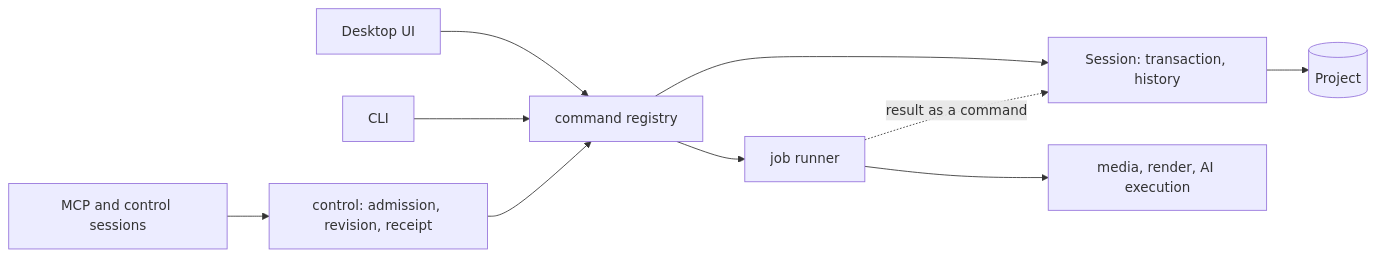
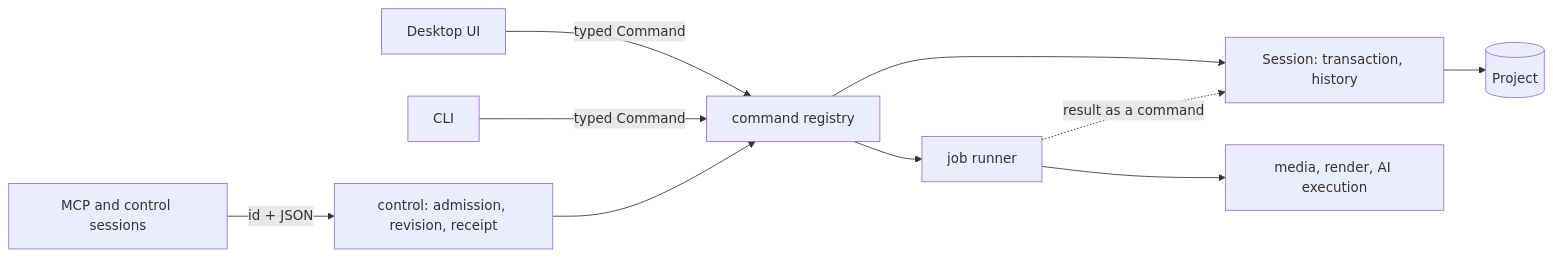
One commit to canhta/vibecut changed the second of 2 diagrams in docs/engineering/architecture.md. Above: the diagram before and after it, drawn with Mermaid. The commit also changed other lines of this file and 5 other files, not shown here.

````diff
--- a/docs/engineering/architecture.md
+++ b/docs/engineering/architecture.md
@@ -88,10 +88,10 @@
 ```mermaid
 flowchart LR
-  ui[Desktop UI] --> registry
-  cli[CLI] --> registry
-  mcp[MCP and control sessions] --> control[control: admission, revision, receipt] --> registry
+  ui[Desktop UI] -- typed Command --> registry
+  cli[CLI] -- typed Command --> registry
+  mcp[MCP and control sessions] -- id + JSON --> control[control: admission, revision, receipt] --> registry
   registry[command registry] --> session[Session: transaction, history]
   session --> project[(Project)]
   registry --> jobs[job runner] --> work[media, render, AI execution]
   jobs -. result as a command .-> session
 ```
````
